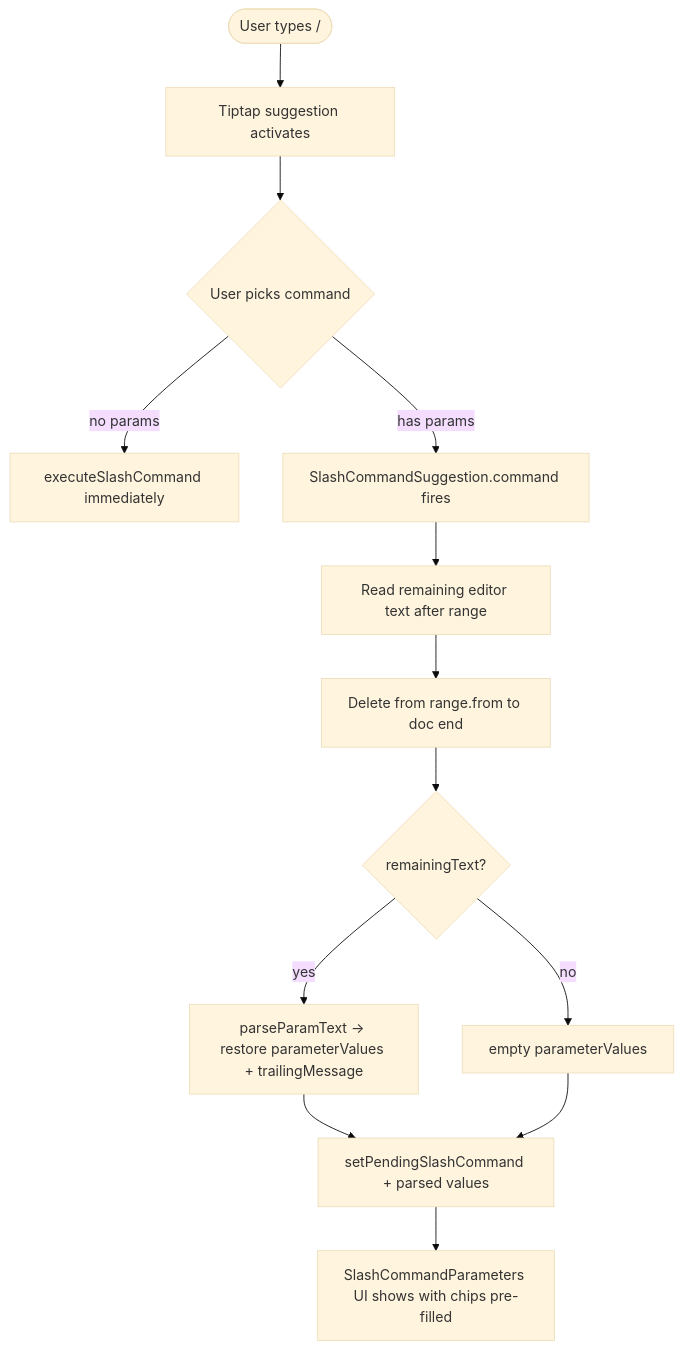
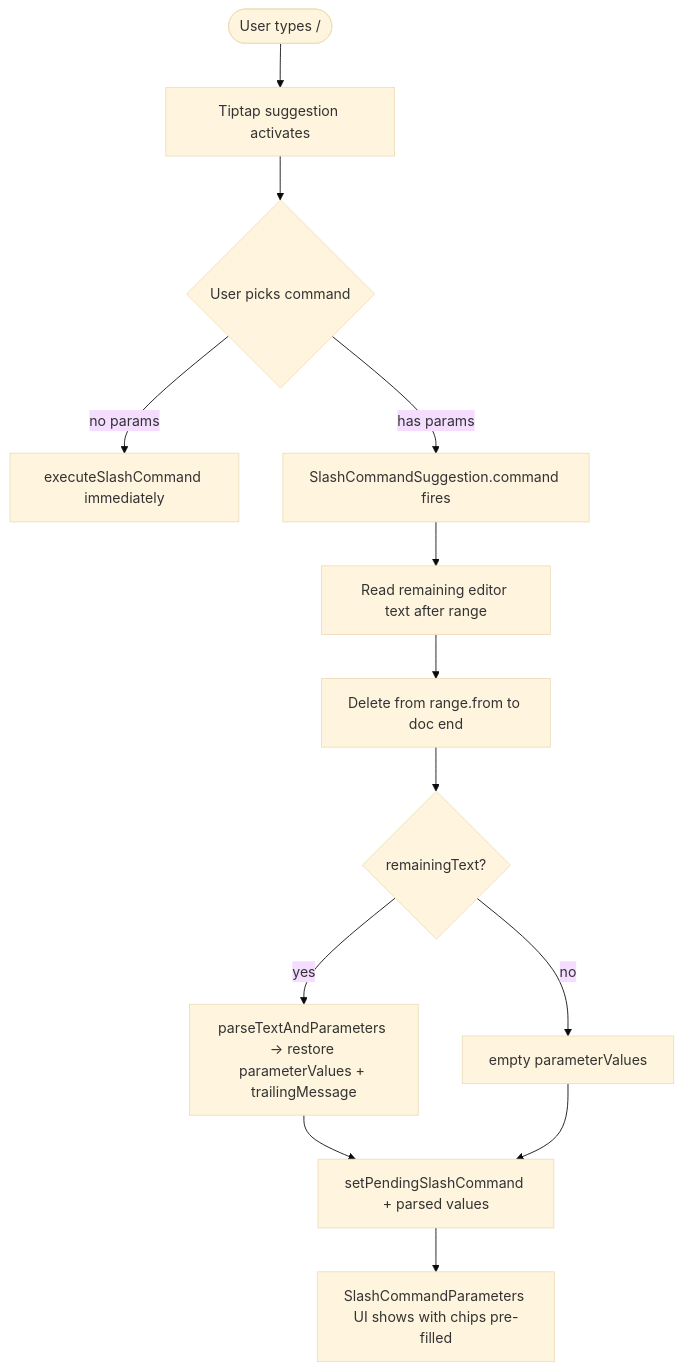
Before and after one commit to Esposter/Esposter: the first of 3 diagrams in features/esbabbler/specs/slash-commands.md, drawn with Mermaid (base theme). The commit also changed other lines of this file, not shown here.

Commit message:
fix: mermaid diagrams

````diff
--- a/features/esbabbler/specs/slash-commands.md
+++ b/features/esbabbler/specs/slash-commands.md
@@ -133,15 +133,15 @@
 ```mermaid
 flowchart TD
     A([User types /]) --> B[Tiptap suggestion activates]
     B --> C{User picks command}
     C -->|no params| D[executeSlashCommand immediately]
     C -->|has params| E[SlashCommandSuggestion.command fires]
     E --> F[Read remaining editor text after range]
     F --> G[Delete from range.from to doc end]
     G --> H{remainingText?}
-    H -->|yes| I[parseParamText → restore parameterValues + trailingMessage]
+    H -->|yes| I[parseTextAndParameters → restore parameterValues + trailingMessage]
     H -->|no| J[empty parameterValues]
     I --> K[setPendingSlashCommand + parsed values]
     J --> K
     K --> L[SlashCommandParameters UI shows with chips pre-filled]
 ```
````
